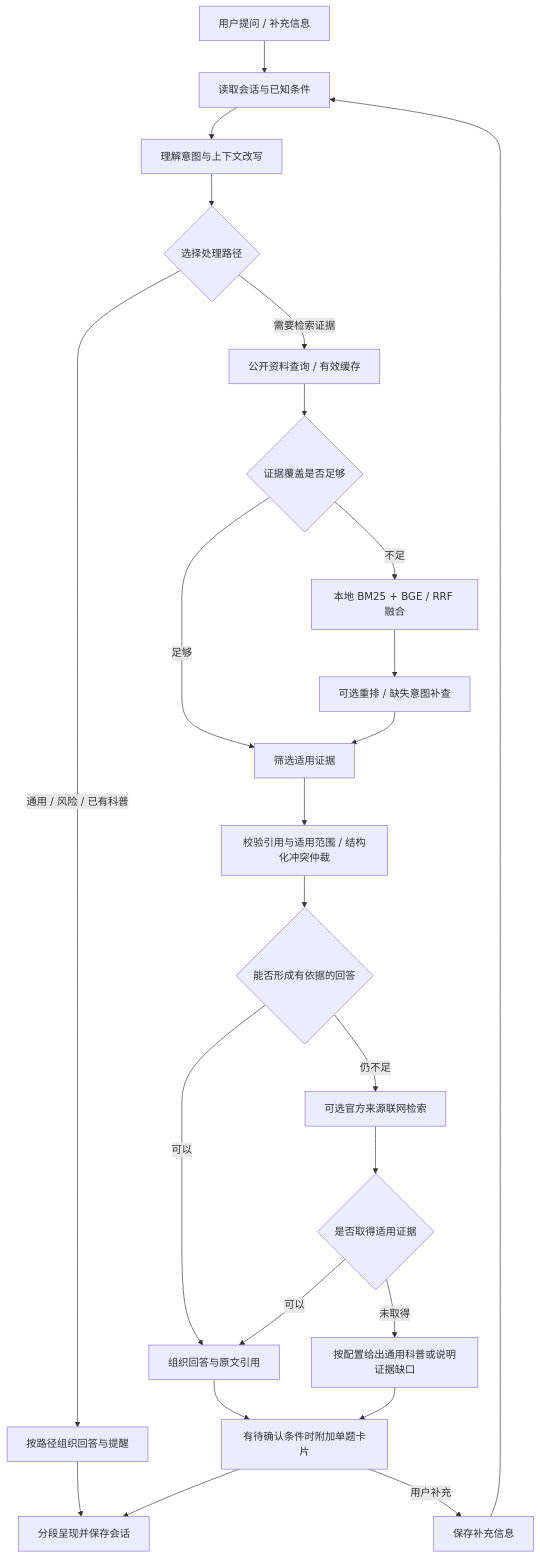
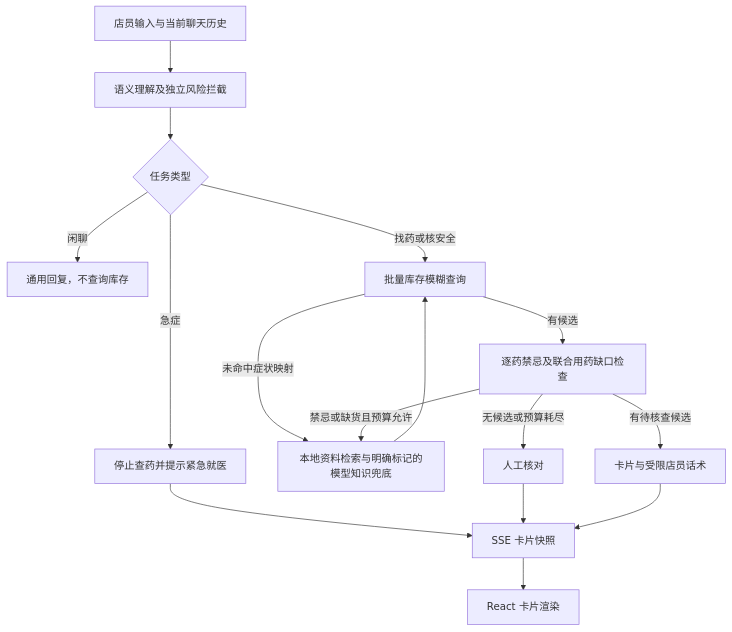
The diagram in README.md (Dengzi555/meditouch-agent), drawn with Mermaid before and after one commit. The commit also changed other lines of this file and 109 other files, not shown here.

````diff
--- a/README.md
+++ b/README.md
@@ -52,26 +36,18 @@
 ```mermaid
 flowchart TD
-    A[用户提问 / 补充信息] --> B[读取会话与已知条件]
-    B --> C[理解意图与上下文改写]
-    C --> D{选择处理路径}
-    D -->|通用 / 风险 / 已有科普| E[按路径组织回答与提醒]
-    G -->|用户补充| H[保存补充信息]
-    H --> B
-    D -->|需要检索证据| J[公开资料查询 / 有效缓存]
-    J --> K{证据覆盖是否足够}
-    K -->|足够| N[筛选适用证据]
-    K -->|不足| L[本地 BM25 + BGE / RRF 融合]
-    L --> M[可选重排 / 缺失意图补查]
-    M --> N
-    N --> O[校验引用与适用范围 / 结构化冲突仲裁]
-    O --> P{能否形成有依据的回答}
-    P -->|可以| Q[组织回答与原文引用]
-    P -->|仍不足| R[可选官方来源联网检索]
-    R --> S{是否取得适用证据}
-    S -->|可以| Q
-    S -->|未取得| T[按配置给出通用科普或说明证据缺口]
-    E --> U[分段呈现并保存会话]
-    Q --> G[有待确认条件时附加单题卡片]
-    T --> G
-    G --> U
+    A[店员输入与当前聊天历史] --> B[语义理解及独立风险拦截]
+    B --> C{任务类型}
+    C -->|急症| D[停止查药并提示紧急就医]
+    C -->|闲聊| E[通用回复，不查询库存]
+    C -->|找药或核安全| F[批量库存模糊查询]
+    F -->|未命中症状映射| G[本地资料检索与明确标记的模型知识兜底]
+    G --> F
+    F -->|有候选| H[逐药禁忌及联合用药缺口检查]
+    H -->|禁忌或缺货且预算允许| G
+    H -->|无候选或预算耗尽| I[人工核对]
+    H -->|有待核查候选| J[卡片与受限店员话术]
+    D --> K[SSE 卡片快照]
+    I --> K
+    J --> K
+    K --> L[React 卡片渲染]
 ```
````
